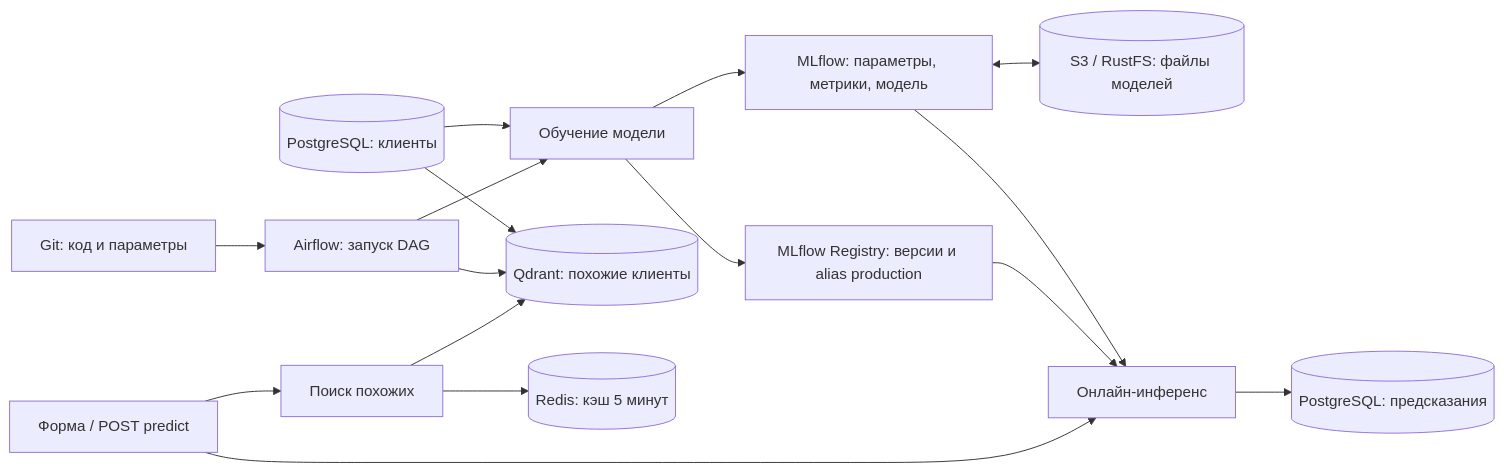
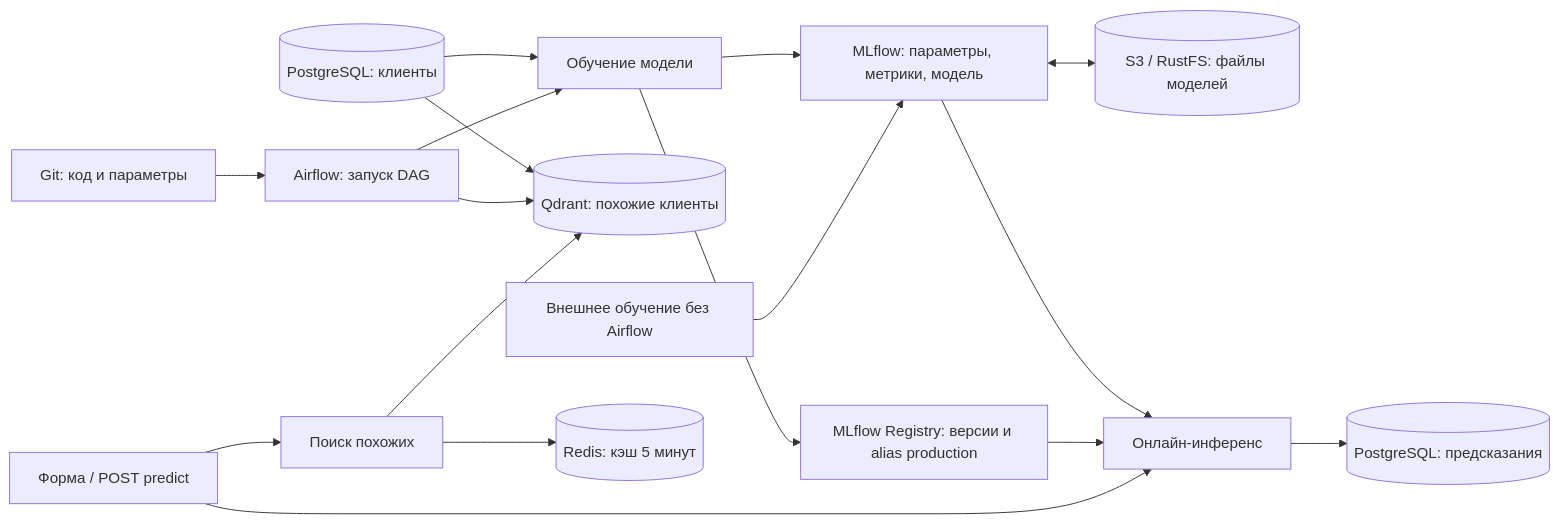
One commit to sergey445512/airflow-ml-service-demo changed the diagram in README.md. Above: the diagram before and after it, drawn with Mermaid. The commit also changed other lines of this file and 12 other files, not shown here.

````diff
--- a/README.md
+++ b/README.md
@@ -34,18 +34,19 @@
 ```mermaid
 flowchart LR
     G[Git: код и параметры] --> A[Airflow: запуск DAG]
     P[(PostgreSQL: клиенты)] --> T[Обучение модели]
     P --> Q[(Qdrant: похожие клиенты)]
     A --> T
     A --> Q
     T --> M[MLflow: параметры, метрики, модель]
+    E[Внешнее обучение без Airflow] --> M
     T --> V[MLflow Registry: версии и alias production]
     M <--> O[(S3 / RustFS: файлы моделей)]
     M --> S[Онлайн-инференс]
     V --> S
     U[Форма / POST predict] --> S
     S --> R[(PostgreSQL: предсказания)]
     U --> N[Поиск похожих]
     N --> C[(Redis: кэш 5 минут)]
     N --> Q
 ```
````
